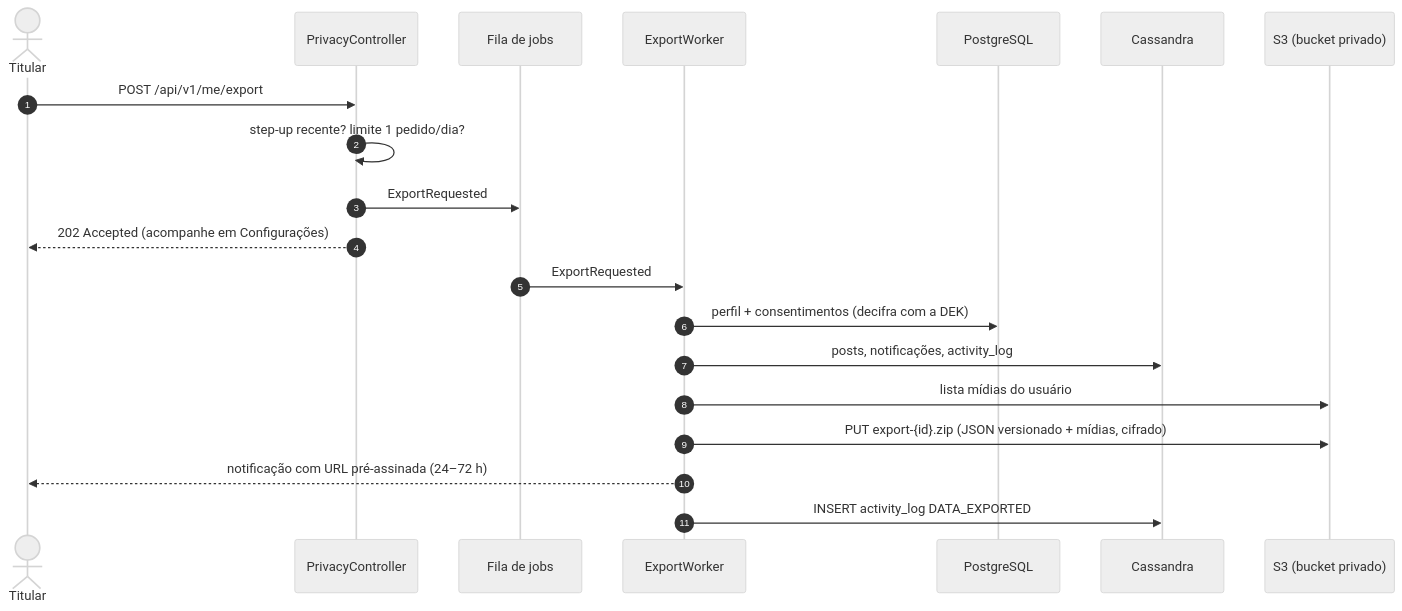
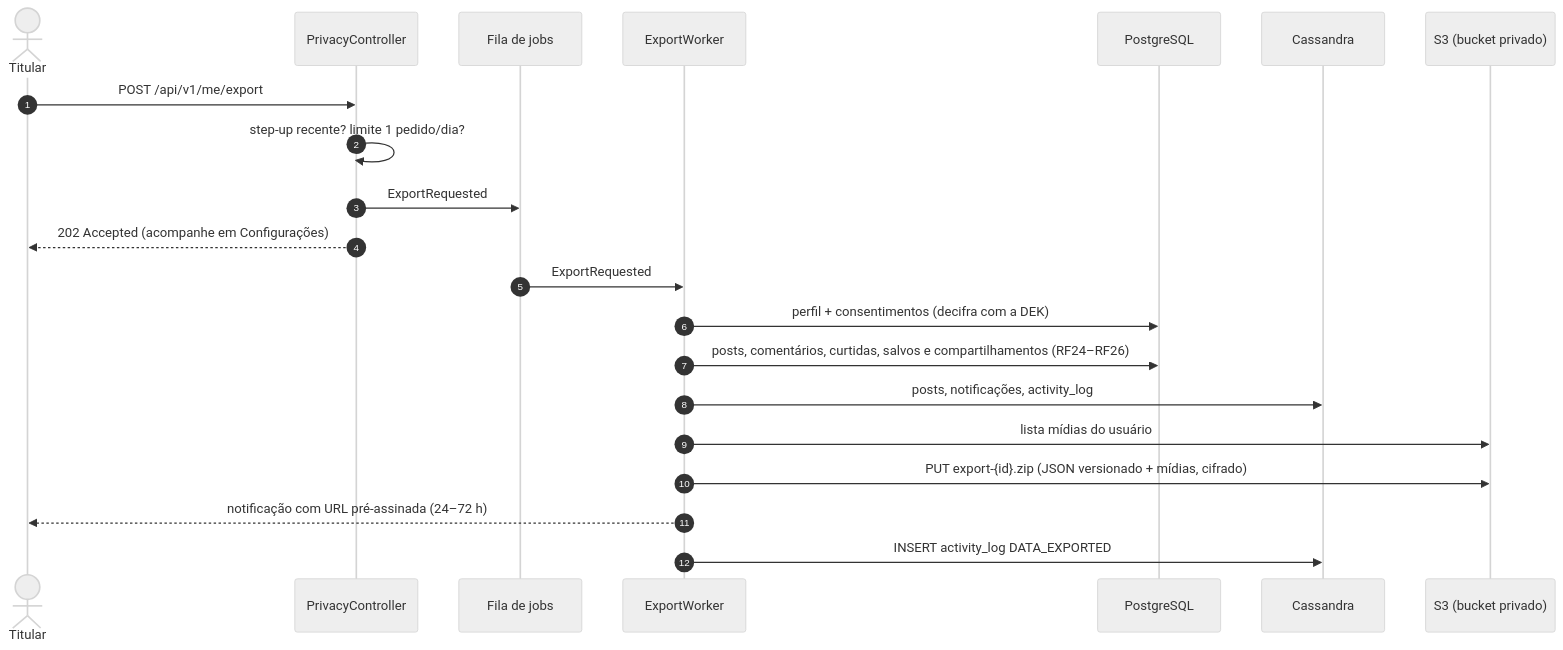
One commit to MatheusHaliski/orange_social_velion changed the first of 3 diagrams in docs/rf/RF23-direitos-titular-lgpd.md. Above: the diagram before and after it, drawn with Mermaid (neutral theme). The commit also changed other lines of this file and 57 other files, not shown here.

````diff
--- a/docs/rf/RF23-direitos-titular-lgpd.md
+++ b/docs/rf/RF23-direitos-titular-lgpd.md
@@ -32,23 +35,24 @@
 ```mermaid
 sequenceDiagram
     autonumber
     actor T as Titular
     participant API as PrivacyController
     participant Q as Fila de jobs
     participant W as ExportWorker
     participant PG as PostgreSQL
     participant CS as Cassandra
     participant S3 as S3 (bucket privado)
 
     T->>API: POST /api/v1/me/export
     API->>API: step-up recente? limite 1 pedido/dia?
     API->>Q: ExportRequested
     API-->>T: 202 Accepted (acompanhe em Configurações)
     Q->>W: ExportRequested
     W->>PG: perfil + consentimentos (decifra com a DEK)
+    W->>PG: posts, comentários, curtidas, salvos e compartilhamentos (RF24–RF26)
     W->>CS: posts, notificações, activity_log
     W->>S3: lista mídias do usuário
     W->>S3: PUT export-{id}.zip (JSON versionado + mídias, cifrado)
     W-->>T: notificação com URL pré-assinada (24–72 h)
     W->>CS: INSERT activity_log DATA_EXPORTED
 ```
````
